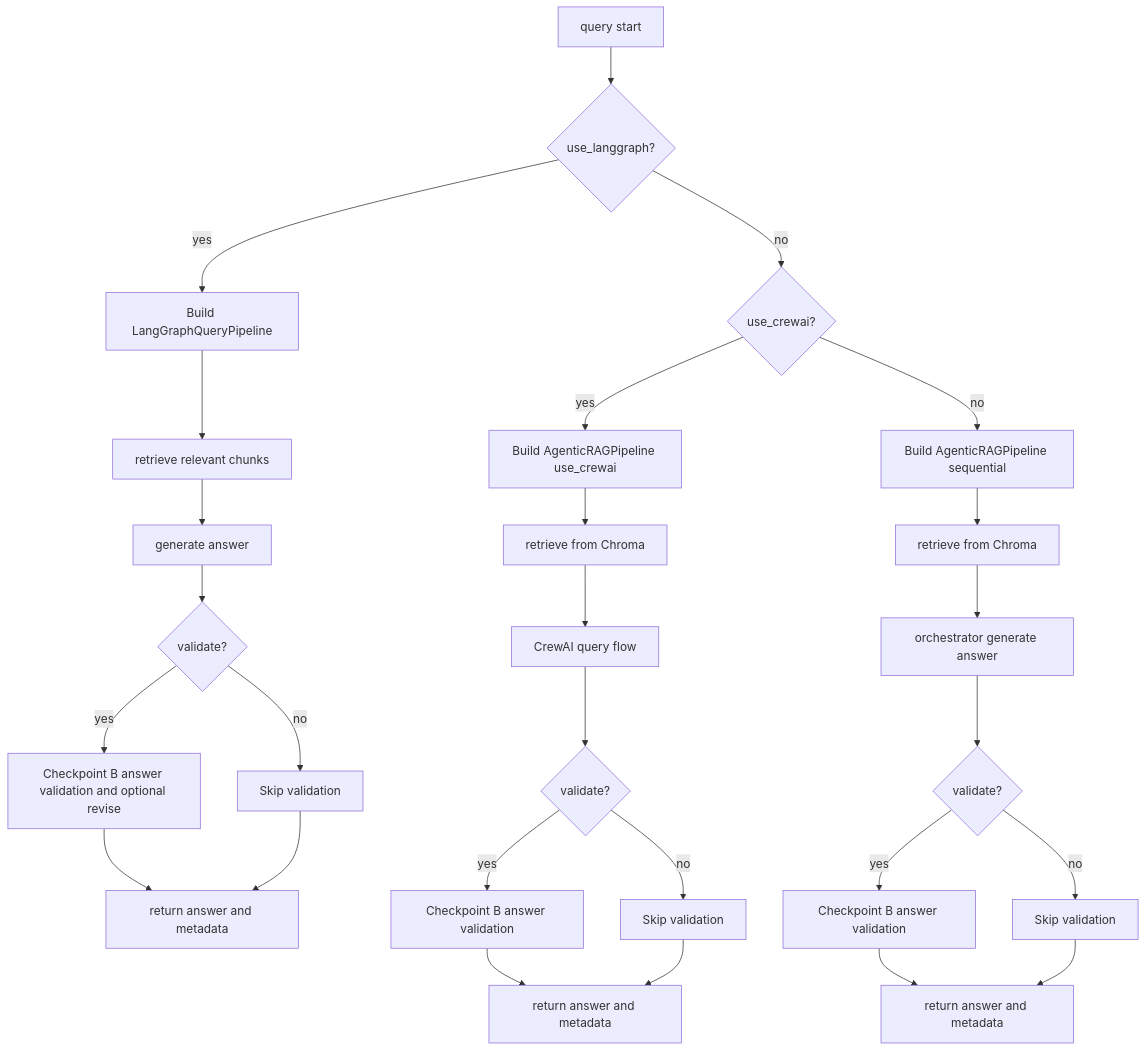
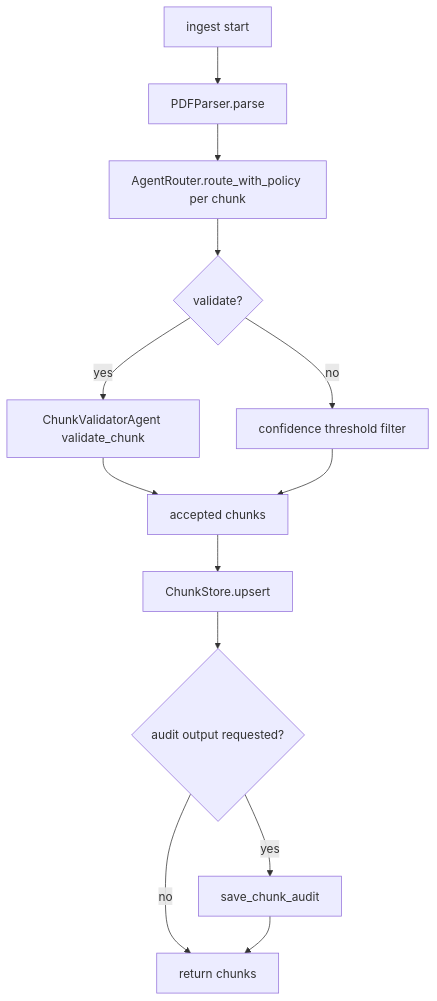
One commit to Mr-Kondo/agentic_rag_for_multi_model_pdf_extraction changed the second of 4 diagrams in docs/FLOW.md. Above: the diagram before and after it, drawn with Mermaid. The commit also changed other lines of this file and 36 other files, not shown here.

First line of the commit message:
feat!: migrate runtime to Sequential + Ollama and remove legacy MLX/CrewAI/LangGraph paths

````diff
--- a/docs/FLOW.md
+++ b/docs/FLOW.md
@@ -106,32 +32,15 @@
 ```mermaid
 flowchart TD
-  A[query start] --> B{use_langgraph?}
-
-  B -->|yes| LG0[Build LangGraphQueryPipeline]
-  LG0 --> LG1[retrieve relevant chunks]
-  LG1 --> LG2[generate answer]
-  LG2 --> LG3{validate?}
-  LG3 -->|yes| LG4[Checkpoint B answer validation and optional revise]
-  LG3 -->|no| LG5[Skip validation]
-  LG4 --> LG6[return answer and metadata]
-  LG5 --> LG6
-
-  B -->|no| C{use_crewai?}
-  C -->|yes| CR0[Build AgenticRAGPipeline use_crewai]
-  CR0 --> CR1[retrieve from Chroma]
-  CR1 --> CR2[CrewAI query flow]
-  CR2 --> CR3{validate?}
-  CR3 -->|yes| CR4[Checkpoint B answer validation]
-  CR3 -->|no| CR5[Skip validation]
-  CR4 --> CR6[return answer and metadata]
-  CR5 --> CR6
-
-  C -->|no| SQ0[Build AgenticRAGPipeline sequential]
-  SQ0 --> SQ1[retrieve from Chroma]
-  SQ1 --> SQ2[orchestrator generate answer]
-  SQ2 --> SQ3{validate?}
-  SQ3 -->|yes| SQ4[Checkpoint B answer validation]
-  SQ3 -->|no| SQ5[Skip validation]
-  SQ4 --> SQ6[return answer and metadata]
-  SQ5 --> SQ6
+  A[ingest start] --> B[PDFParser.parse]
+  B --> C[AgentRouter.route_with_policy per chunk]
+  C --> D{validate?}
+  D -->|yes| E[ChunkValidatorAgent validate_chunk]
+  D -->|no| F[confidence threshold filter]
+  E --> G[accepted chunks]
+  F --> G
+  G --> H[ChunkStore.upsert]
+  H --> I{audit output requested?}
+  I -->|yes| J[save_chunk_audit]
+  I -->|no| K[return chunks]
+  J --> K
 ```
````
